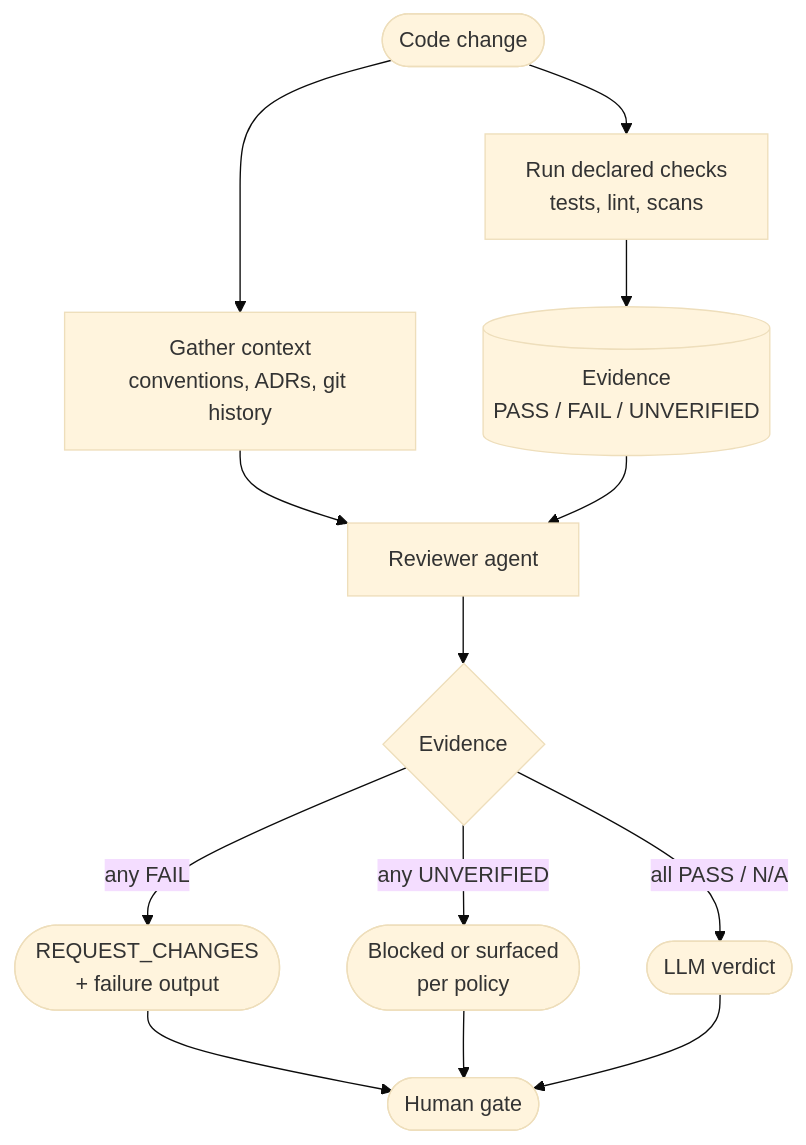
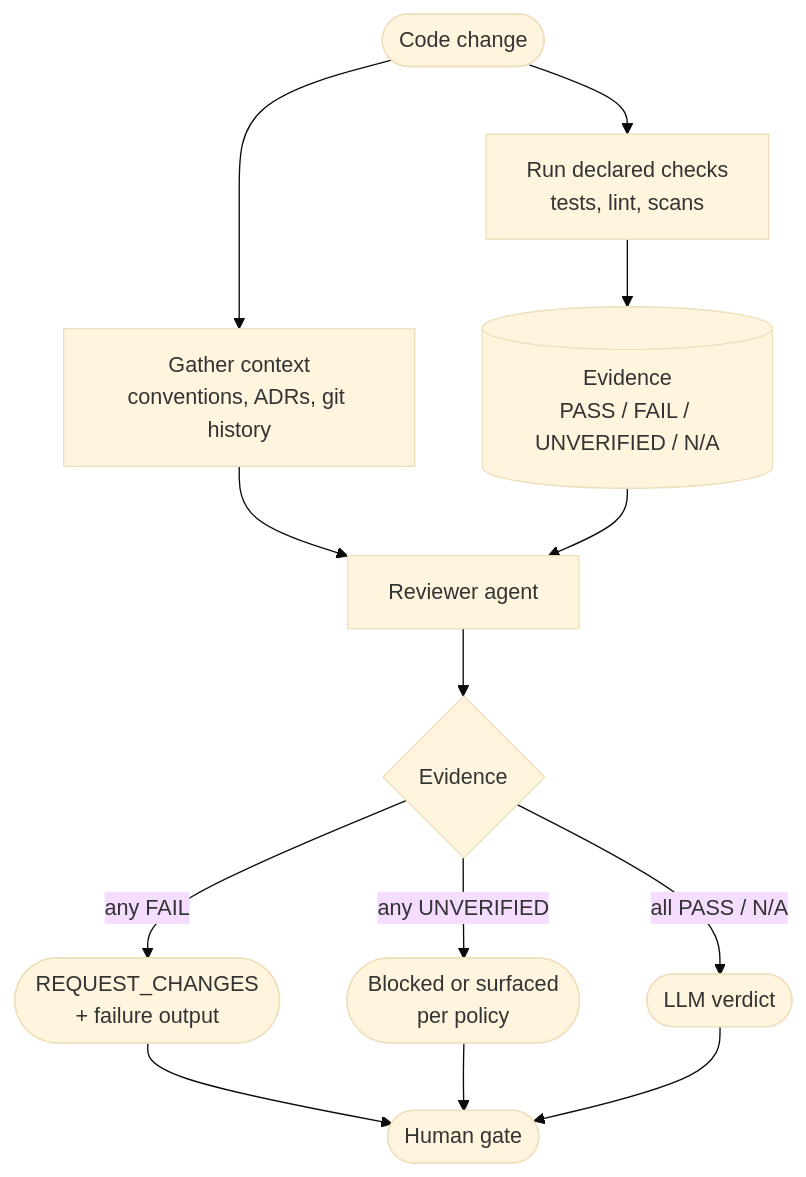
The diagram in patterns/tool-grounded-review/README.md (koydas/agent-patterns), drawn with Mermaid (base theme) before and after one commit. The commit also changed other lines of this file and 3 other files, not shown here.

````diff
--- a/patterns/tool-grounded-review/README.md
+++ b/patterns/tool-grounded-review/README.md
@@ -3,15 +3,15 @@
 ```mermaid
 flowchart TD
     Change([Code change]) --> Context[Gather context\nconventions, ADRs, git history]
     Change --> Tools[Run declared checks\ntests, lint, scans]
     Context --> Reviewer[Reviewer agent]
-    Tools --> Evidence[(Evidence\nPASS / FAIL / UNVERIFIED)]
+    Tools --> Evidence[(Evidence\nPASS / FAIL / UNVERIFIED / N/A)]
     Evidence --> Reviewer
     Reviewer --> Gate{Evidence}
     Gate -- any FAIL --> Changes([REQUEST_CHANGES\n+ failure output])
     Gate -- any UNVERIFIED --> Policy([Blocked or surfaced\nper policy])
     Gate -- all PASS / N/A --> Verdict([LLM verdict])
     Changes --> Human([Human gate])
     Policy --> Human
     Verdict --> Human
 ```
````
